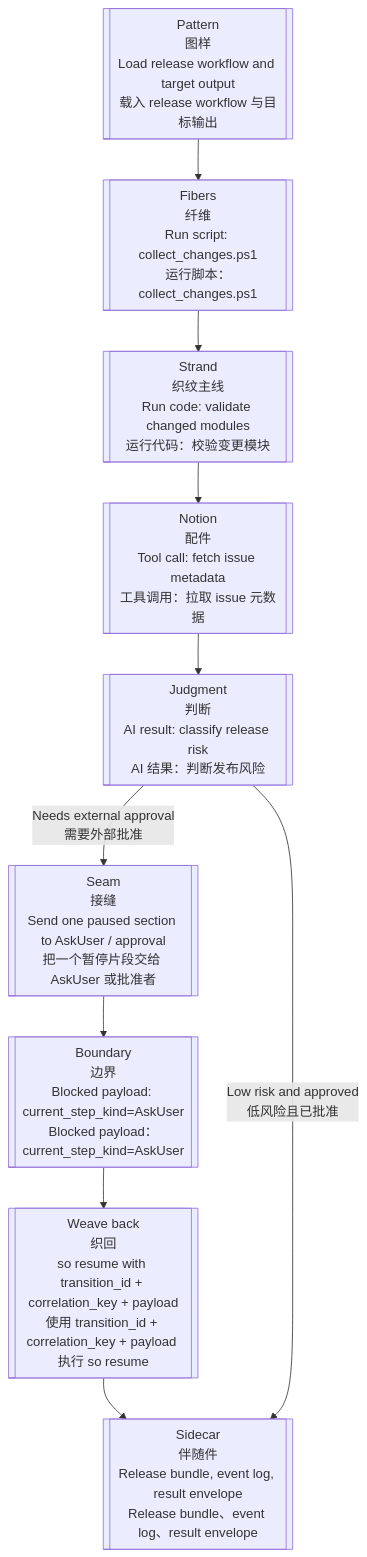
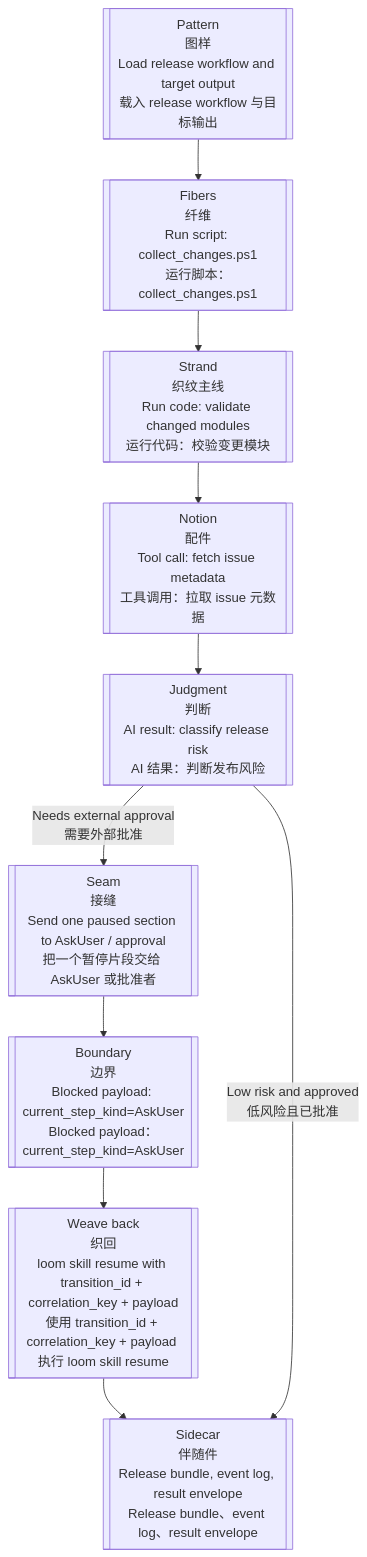
Before and after one commit to waynebaby/Techne-Loom: the second of 2 diagrams in docs/en/architecture/workflow-terminology.md, drawn with Mermaid. The commit also changed other lines of this file and 130 other files, not shown here.

````diff
--- a/docs/en/architecture/workflow-terminology.md
+++ b/docs/en/architecture/workflow-terminology.md
@@ -221,12 +221,12 @@
 ```mermaid
 flowchart TD
     A[[Pattern<br/>图样<br/>Load release workflow and target output<br/>载入 release workflow 与目标输出]] --> B[[Fibers<br/>纤维<br/>Run script: collect_changes.ps1<br/>运行脚本：collect_changes.ps1]]
     B --> C[[Strand<br/>织纹主线<br/>Run code: validate changed modules<br/>运行代码：校验变更模块]]
     C --> D[[Notion<br/>配件<br/>Tool call: fetch issue metadata<br/>工具调用：拉取 issue 元数据]]
     D --> E[[Judgment<br/>判断<br/>AI result: classify release risk<br/>AI 结果：判断发布风险]]
     E -->|Needs external approval<br/>需要外部批准| F[[Seam<br/>接缝<br/>Send one paused section to AskUser / approval<br/>把一个暂停片段交给 AskUser 或批准者]]
     F --> G[[Boundary<br/>边界<br/>Blocked payload: current_step_kind=AskUser<br/>Blocked payload：current_step_kind=AskUser]]
-    G --> H[[Weave back<br/>织回<br/>so resume with transition_id + correlation_key + payload<br/>使用 transition_id + correlation_key + payload 执行 so resume]]
+    G --> H[[Weave back<br/>织回<br/>loom skill resume with transition_id + correlation_key + payload<br/>使用 transition_id + correlation_key + payload 执行 loom skill resume]]
     H --> I[[Sidecar<br/>伴随件<br/>Release bundle, event log, result envelope<br/>Release bundle、event log、result envelope]]
     E -->|Low risk and approved<br/>低风险且已批准| I
 ```
````
